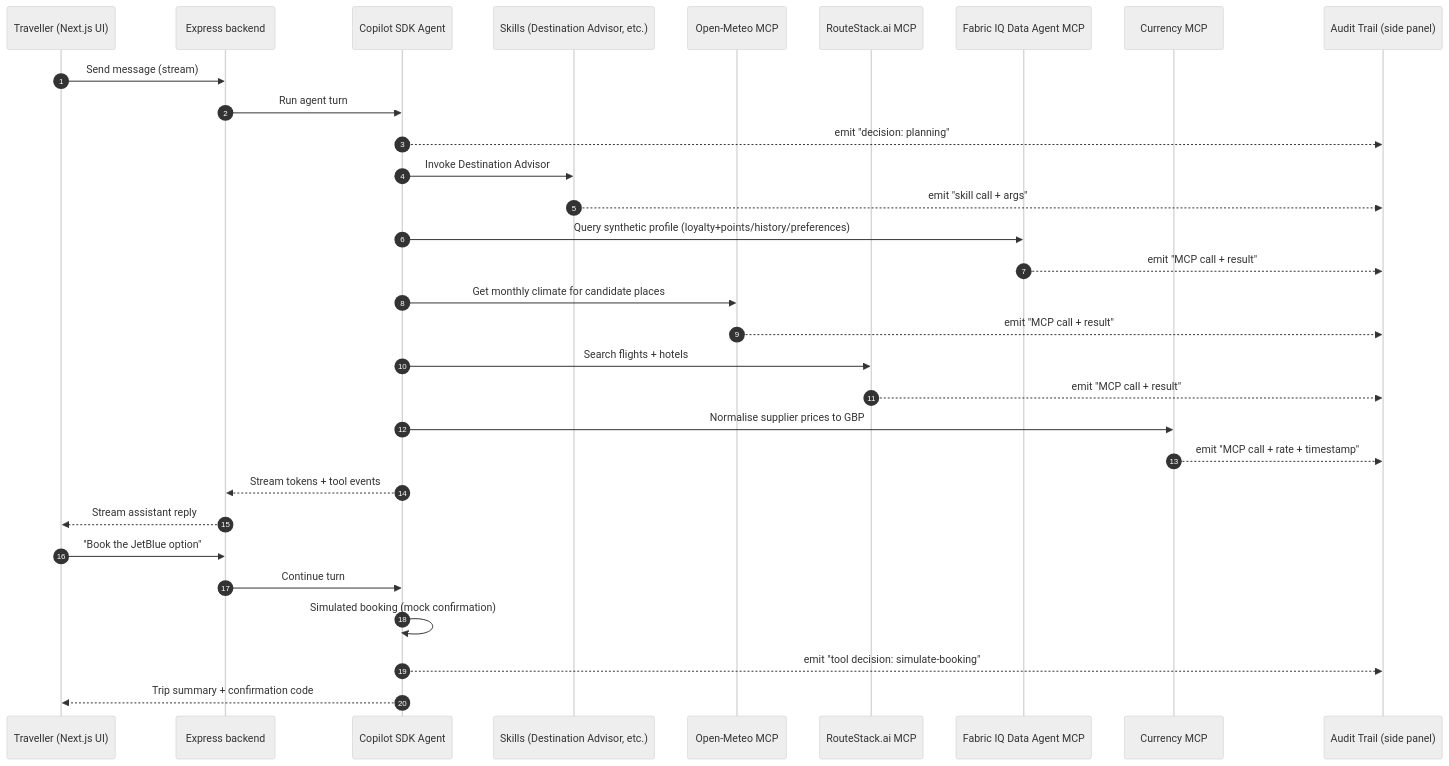
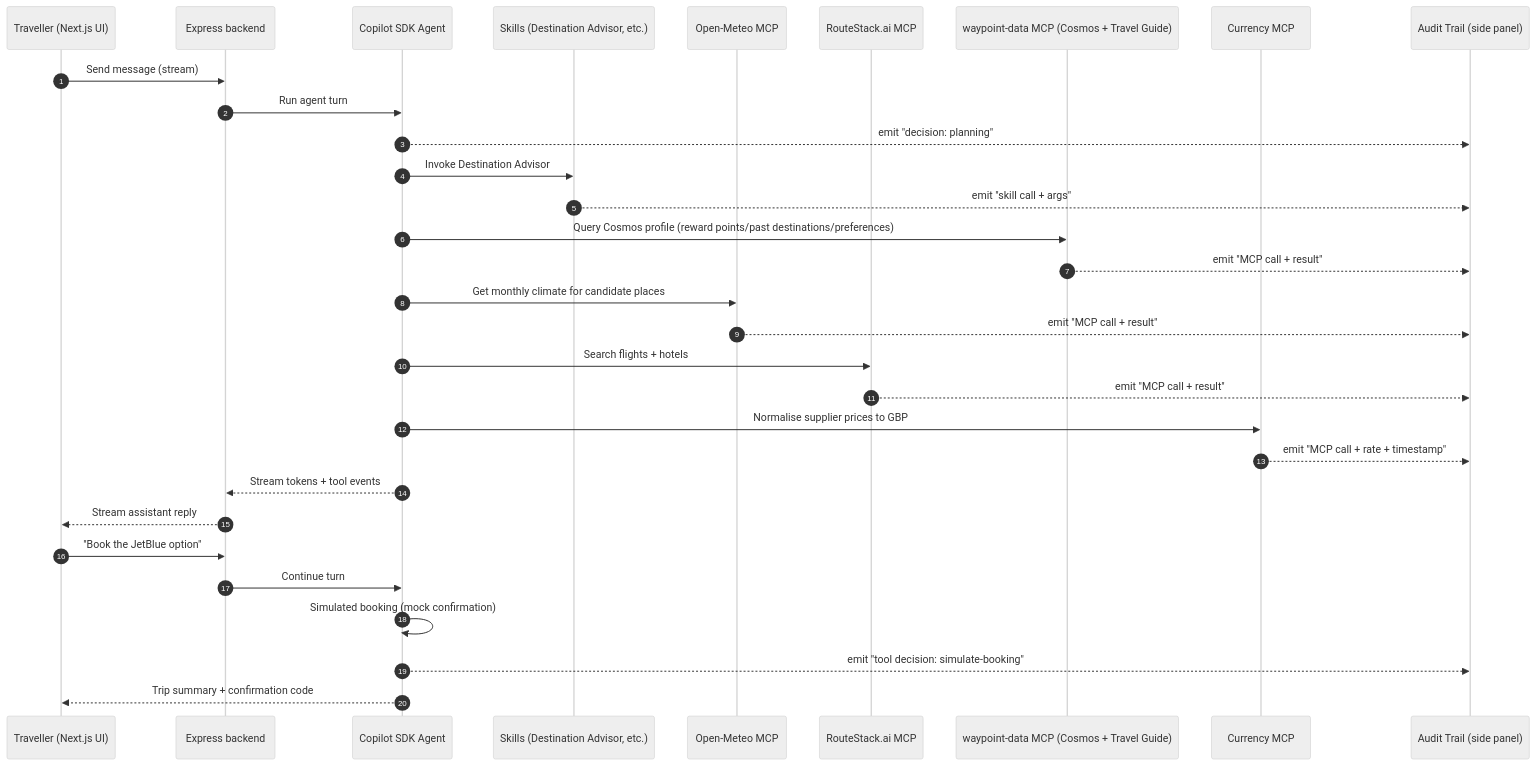
One commit to andrew-rubio/waypoint-demo changed the second of 2 diagrams in specs/prd.md. Above: the diagram before and after it, drawn with Mermaid (neutral theme). The commit also changed other lines of this file and 42 other files, not shown here.

````diff
--- a/specs/prd.md
+++ b/specs/prd.md
@@ -178,34 +180,34 @@
 ```mermaid
 sequenceDiagram
     autonumber
     participant U as Traveller (Next.js UI)
     participant API as Express backend
     participant SDK as Copilot SDK Agent
     participant SK as Skills (Destination Advisor, etc.)
     participant WX as Open-Meteo MCP
     participant RS as RouteStack.ai MCP
-    participant FAB as Fabric IQ Data Agent MCP
+    participant FAB as waypoint-data MCP (Cosmos + Travel Guide)
     participant FX as Currency MCP
     participant AUD as Audit Trail (side panel)
 
     U->>API: Send message (stream)
     API->>SDK: Run agent turn
     SDK-->>AUD: emit "decision: planning"
     SDK->>SK: Invoke Destination Advisor
     SK-->>AUD: emit "skill call + args"
-    SDK->>FAB: Query synthetic profile (loyalty+points/history/preferences)
+    SDK->>FAB: Query Cosmos profile (reward points/past destinations/preferences)
     FAB-->>AUD: emit "MCP call + result"
     SDK->>WX: Get monthly climate for candidate places
     WX-->>AUD: emit "MCP call + result"
     SDK->>RS: Search flights + hotels
     RS-->>AUD: emit "MCP call + result"
     SDK->>FX: Normalise supplier prices to GBP
     FX-->>AUD: emit "MCP call + rate + timestamp"
     SDK-->>API: Stream tokens + tool events
     API-->>U: Stream assistant reply
     U->>API: "Book the JetBlue option"
     API->>SDK: Continue turn
     SDK->>SDK: Simulated booking (mock confirmation)
     SDK-->>AUD: emit "tool decision: simulate-booking"
     SDK-->>U: Trip summary + confirmation code
 ```
````
